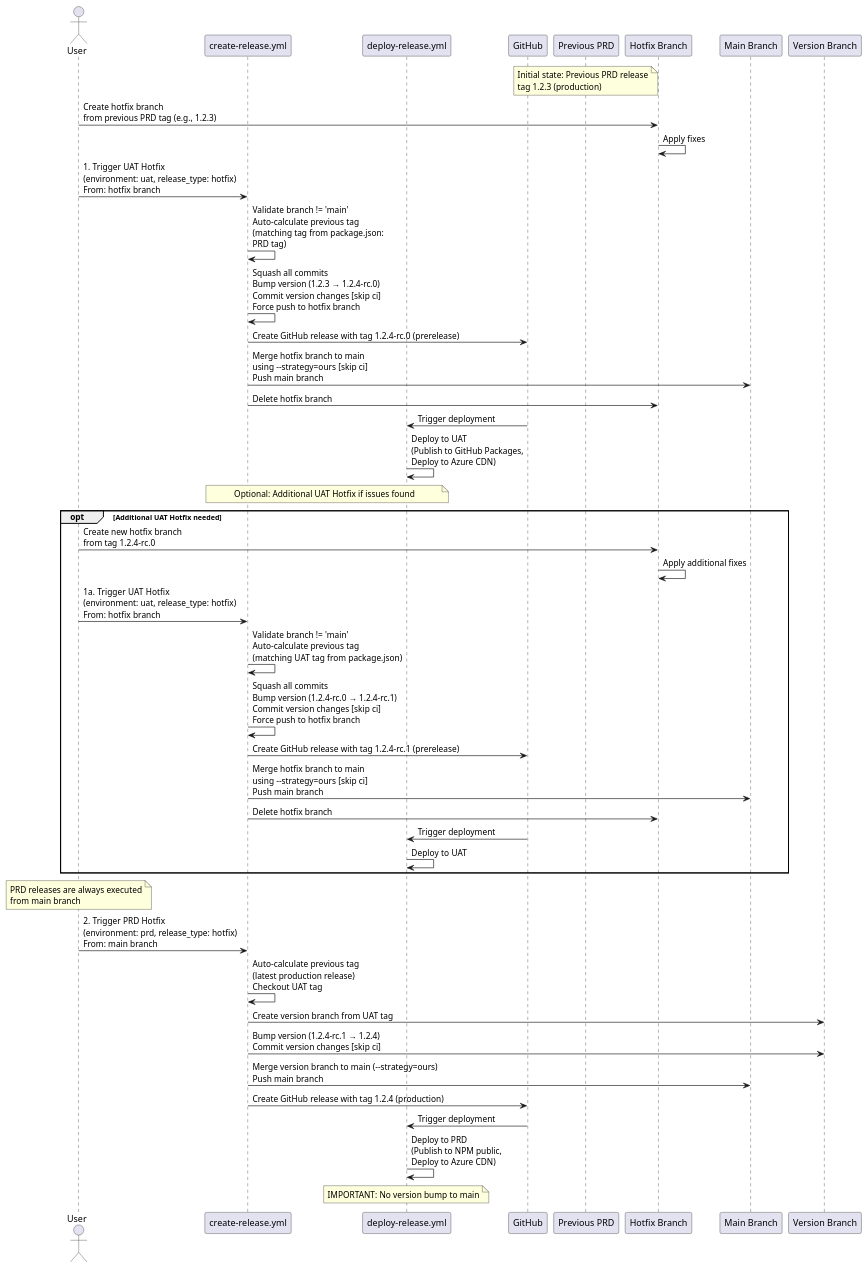
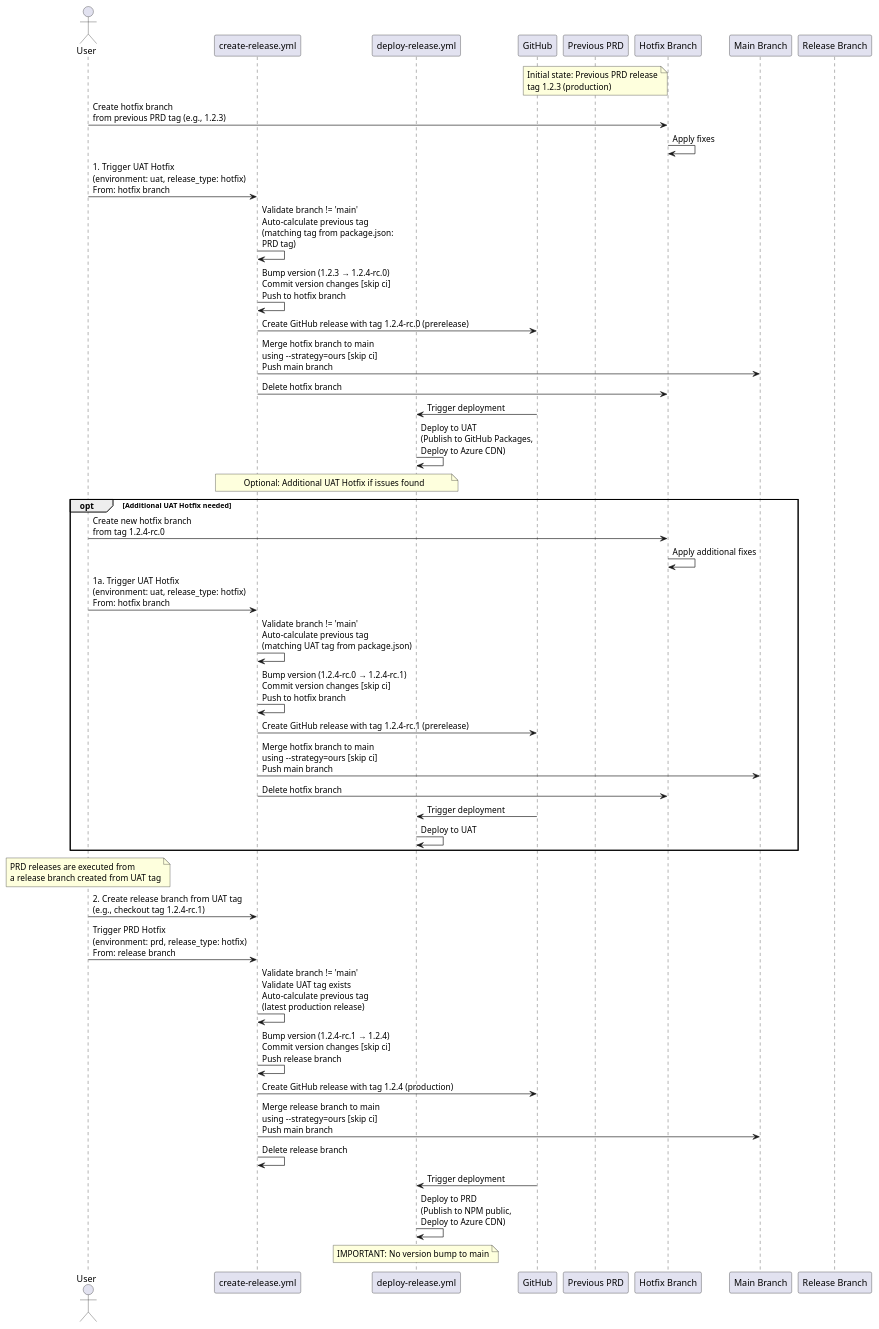
Before and after one commit to chili-publish/studio-sdk: the second of 2 diagrams in RELEASE_PIPELINE.md, drawn with PlantUML. The commit also changed other lines of this file, not shown here.

Commit message:
chore: update release pipeline

````diff
--- a/RELEASE_PIPELINE.md
+++ b/RELEASE_PIPELINE.md
@@ -60,52 +62,53 @@
 ```plantuml
 @startuml
 actor User
 participant "create-release.yml" as CreateRelease
 participant "deploy-release.yml" as DeployRelease
 participant "GitHub" as GitHub
 participant "Previous PRD" as PRD
 participant "Hotfix Branch" as HotfixBranch
 participant "Main Branch" as Main
-participant "Version Branch" as VersionBranch
+participant "Release Branch" as ReleaseBranch
 
 note over PRD: Initial state: Previous PRD release\ntag 1.2.3 (production)
 
 User -> HotfixBranch: Create hotfix branch\nfrom previous PRD tag (e.g., 1.2.3)
 HotfixBranch -> HotfixBranch: Apply fixes
 User -> CreateRelease: 1. Trigger UAT Hotfix\n(environment: uat, release_type: hotfix)\nFrom: hotfix branch
-CreateRelease -> CreateRelease: Validate branch != 'main'\nAuto-calculate previous tag\n(matching tag from package.json:\nPRD tag)
-CreateRelease -> CreateRelease: Squash all commits\nBump version (1.2.3 → 1.2.4-rc.0)\nCommit version changes [skip ci]\nForce push to hotfix branch
+    CreateRelease -> CreateRelease: Validate branch != 'main'\nAuto-calculate previous tag\n(matching tag from package.json:\nPRD tag)
+    CreateRelease -> CreateRelease: Bump version (1.2.3 → 1.2.4-rc.0)\nCommit version changes [skip ci]\nPush to hotfix branch
 CreateRelease -> GitHub: Create GitHub release with tag 1.2.4-rc.0 (prerelease)
 CreateRelease -> Main: Merge hotfix branch to main\nusing --strategy=ours [skip ci]\nPush main branch
 CreateRelease -> HotfixBranch: Delete hotfix branch
 GitHub -> DeployRelease: Trigger deployment
 DeployRelease -> DeployRelease: Deploy to UAT\n(Publish to GitHub Packages,\nDeploy to Azure CDN)
 
 note over CreateRelease,DeployRelease: Optional: Additional UAT Hotfix if issues found
 
 opt Additional UAT Hotfix needed
     User -> HotfixBranch: Create new hotfix branch\nfrom tag 1.2.4-rc.0
     HotfixBranch -> HotfixBranch: Apply additional fixes
     User -> CreateRelease: 1a. Trigger UAT Hotfix\n(environment: uat, release_type: hotfix)\nFrom: hotfix branch
     CreateRelease -> CreateRelease: Validate branch != 'main'\nAuto-calculate previous tag\n(matching UAT tag from package.json)
-    CreateRelease -> CreateRelease: Squash all commits\nBump version (1.2.4-rc.0 → 1.2.4-rc.1)\nCommit version changes [skip ci]\nForce push to hotfix branch
+    CreateRelease -> CreateRelease: Bump version (1.2.4-rc.0 → 1.2.4-rc.1)\nCommit version changes [skip ci]\nPush to hotfix branch
     CreateRelease -> GitHub: Create GitHub release with tag 1.2.4-rc.1 (prerelease)
     CreateRelease -> Main: Merge hotfix branch to main\nusing --strategy=ours [skip ci]\nPush main branch
     CreateRelease -> HotfixBranch: Delete hotfix branch
     GitHub -> DeployRelease: Trigger deployment
     DeployRelease -> DeployRelease: Deploy to UAT
 end
 
-note over User: PRD releases are always executed\nfrom main branch
-User -> CreateRelease: 2. Trigger PRD Hotfix\n(environment: prd, release_type: hotfix)\nFrom: main branch
-CreateRelease -> CreateRelease: Auto-calculate previous tag\n(latest production release)\nCheckout UAT tag
-CreateRelease -> VersionBranch: Create version branch from UAT tag
-CreateRelease -> VersionBranch: Bump version (1.2.4-rc.1 → 1.2.4)\nCommit version changes [skip ci]
-CreateRelease -> Main: Merge version branch to main (--strategy=ours)\nPush main branch
+note over User: PRD releases are executed from\na release branch created from UAT tag
+User -> CreateRelease: 2. Create release branch from UAT tag\n(e.g., checkout tag 1.2.4-rc.1)
+User -> CreateRelease: Trigger PRD Hotfix\n(environment: prd, release_type: hotfix)\nFrom: release branch
+CreateRelease -> CreateRelease: Validate branch != 'main'\nValidate UAT tag exists\nAuto-calculate previous tag\n(latest production release)
+CreateRelease -> CreateRelease: Bump version (1.2.4-rc.1 → 1.2.4)\nCommit version changes [skip ci]\nPush release branch
 CreateRelease -> GitHub: Create GitHub release with tag 1.2.4 (production)
+CreateRelease -> Main: Merge release branch to main\nusing --strategy=ours [skip ci]\nPush main branch
+CreateRelease -> CreateRelease: Delete release branch
 GitHub -> DeployRelease: Trigger deployment
 DeployRelease -> DeployRelease: Deploy to PRD\n(Publish to NPM public,\nDeploy to Azure CDN)
 note over DeployRelease: IMPORTANT: No version bump to main
 
 @enduml
 ```
````
